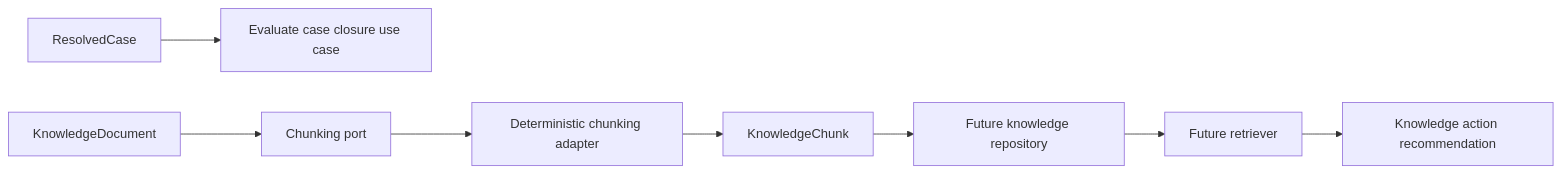
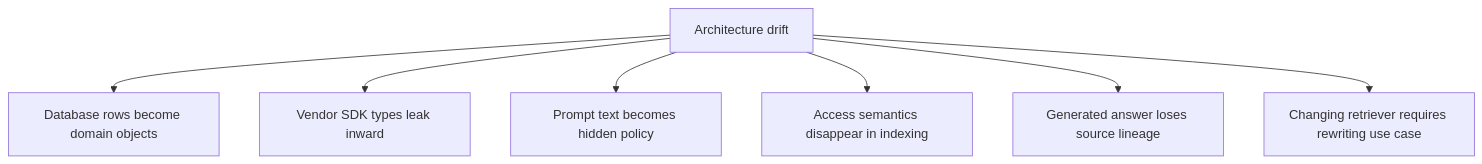
The sixth of 7 diagrams in docs/architecture/ARCHITECTURE_OVERVIEW.md (kumarchandansingh/tropos), drawn with Mermaid before and after one commit. The commit also changed other lines of this file and 13 other files, not shown here.

Commit message:
docs: rebuild Tropos living architecture

````diff
--- a/docs/architecture/ARCHITECTURE_OVERVIEW.md
+++ b/docs/architecture/ARCHITECTURE_OVERVIEW.md
@@ -66,10 +151,10 @@
 ```mermaid
-flowchart LR
-    RC[ResolvedCase] --> UC[Evaluate case closure use case]
-    KD[KnowledgeDocument] --> CH[Chunking port]
-    CH --> DA[Deterministic chunking adapter]
-    DA --> KC[KnowledgeChunk]
-    KC --> KR[Future knowledge repository]
-    KR --> RT[Future retriever]
-    RT --> KA[Knowledge action recommendation]
+flowchart TD
+    Bad[Architecture drift]
+    Bad --> DB[Database rows become domain objects]
+    Bad --> SDK[Vendor SDK types leak inward]
+    Bad --> Prompt[Prompt text becomes hidden policy]
+    Bad --> ACL[Access semantics disappear in indexing]
+    Bad --> Evidence[Generated answer loses source lineage]
+    Bad --> Rewrite[Changing retriever requires rewriting use case]
 ```
````
